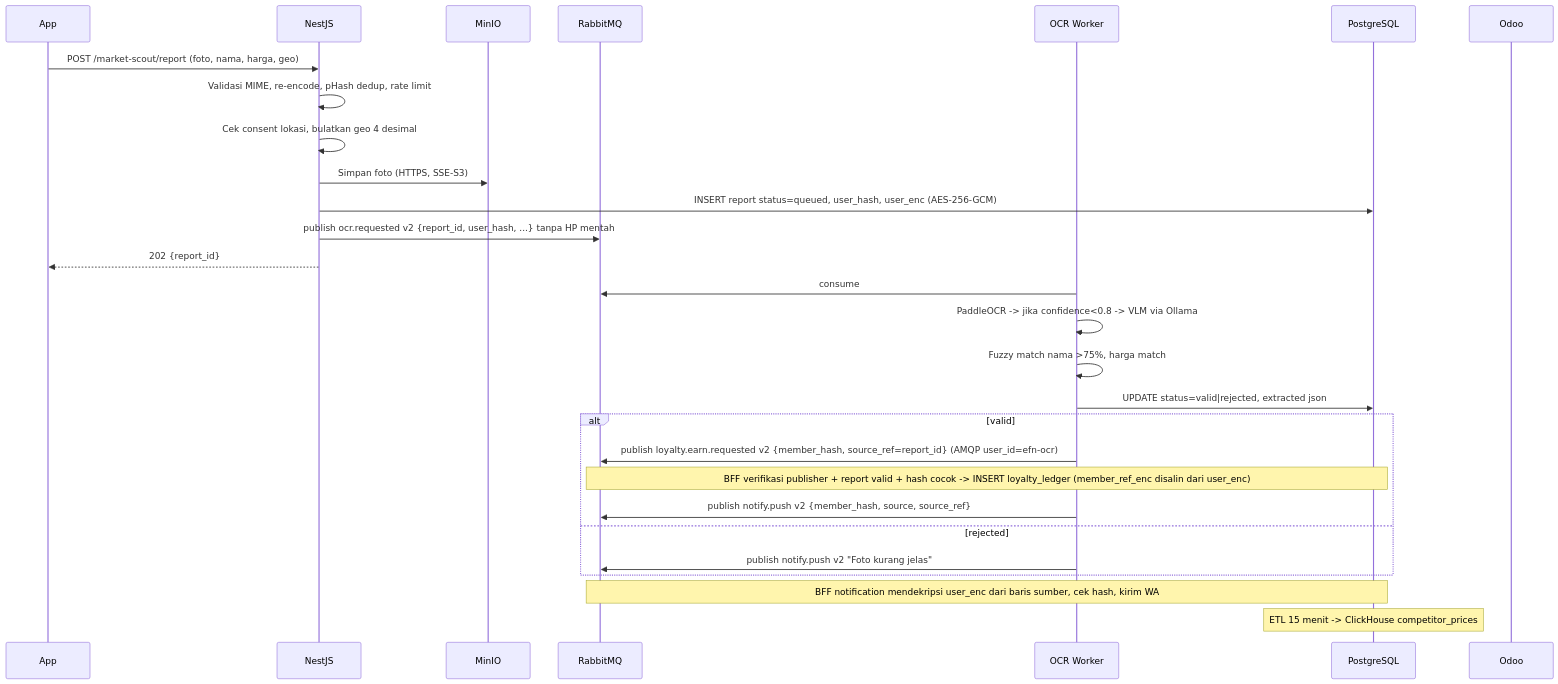
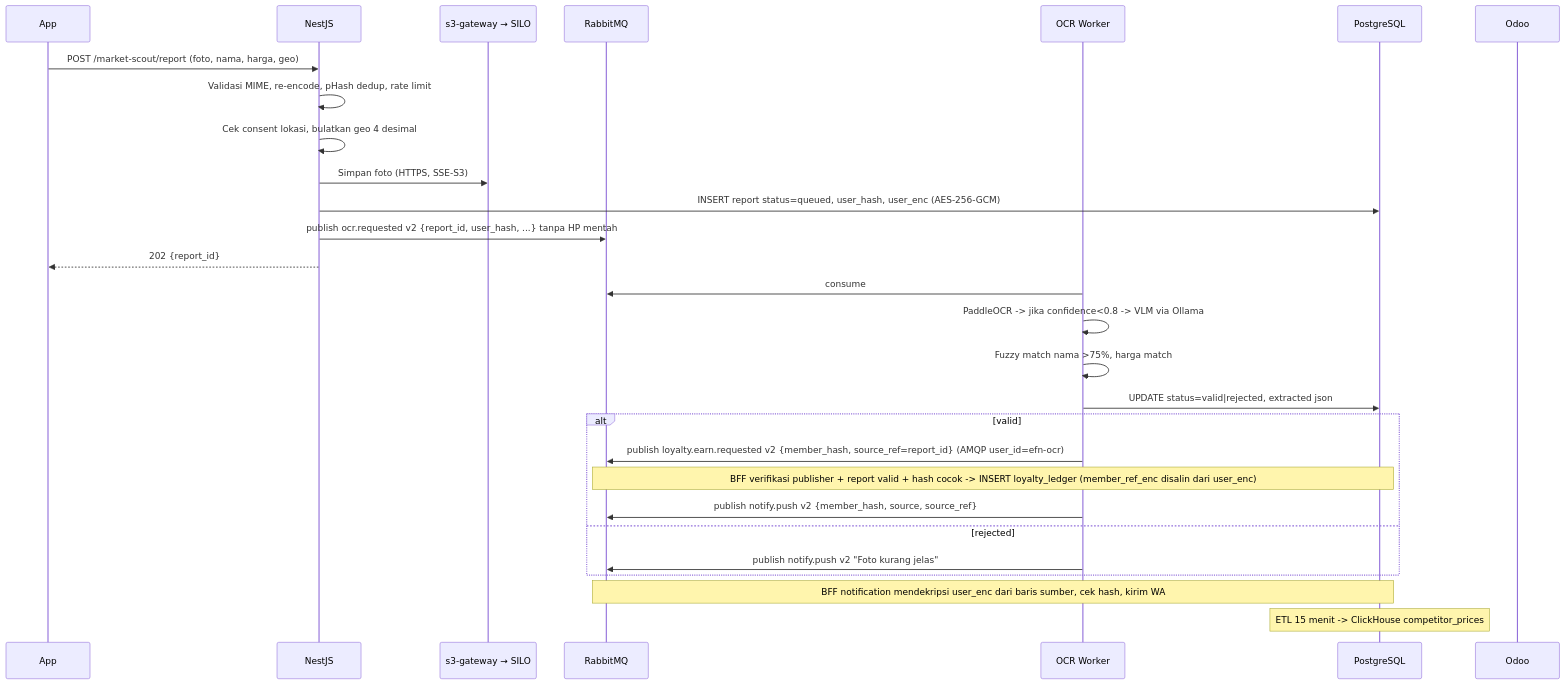
The fourth of 8 diagrams in docs/02_TARGET_ARCHITECTURE.md (BIma-Creative-Tech/efn-platform), drawn with Mermaid before and after one commit. The commit also changed other lines of this file and 9 other files, not shown here.

````diff
--- a/docs/02_TARGET_ARCHITECTURE.md
+++ b/docs/02_TARGET_ARCHITECTURE.md
@@ -147,30 +152,30 @@
 ```mermaid
 sequenceDiagram
   participant App
   participant BFF as NestJS
-  participant S3 as MinIO
+  participant S3 as s3-gateway → SILO
   participant MQ as RabbitMQ
   participant W as OCR Worker
   participant PG as PostgreSQL
   participant Odoo
   App->>BFF: POST /market-scout/report (foto, nama, harga, geo)
   BFF->>BFF: Validasi MIME, re-encode, pHash dedup, rate limit
   BFF->>BFF: Cek consent lokasi, bulatkan geo 4 desimal
   BFF->>S3: Simpan foto (HTTPS, SSE-S3)
   BFF->>PG: INSERT report status=queued, user_hash, user_enc (AES-256-GCM)
   BFF->>MQ: publish ocr.requested v2 {report_id, user_hash, ...} tanpa HP mentah
   BFF-->>App: 202 {report_id}
   W->>MQ: consume
   W->>W: PaddleOCR -> jika confidence<0.8 -> VLM via Ollama
   W->>W: Fuzzy match nama >75%, harga match
   W->>PG: UPDATE status=valid|rejected, extracted json
   alt valid
     W->>MQ: publish loyalty.earn.requested v2 {member_hash, source_ref=report_id} (AMQP user_id=efn-ocr)
     Note over MQ,PG: BFF verifikasi publisher + report valid + hash cocok -> INSERT loyalty_ledger (member_ref_enc disalin dari user_enc)
     W->>MQ: publish notify.push v2 {member_hash, source, source_ref}
   else rejected
     W->>MQ: publish notify.push v2 "Foto kurang jelas"
   end
   Note over MQ,PG: BFF notification mendekripsi user_enc dari baris sumber, cek hash, kirim WA
   Note over PG: ETL 15 menit -> ClickHouse competitor_prices
 ```
````
